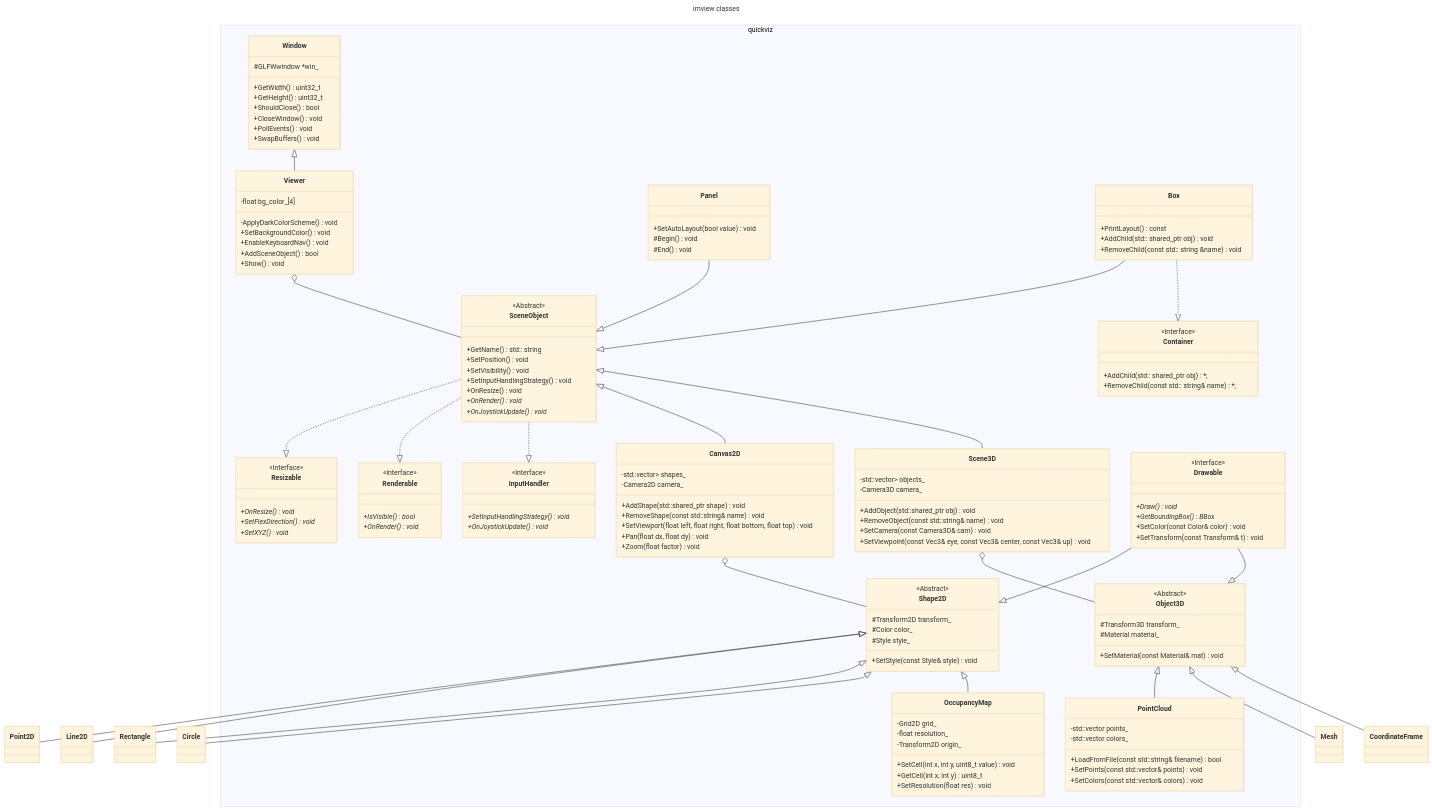
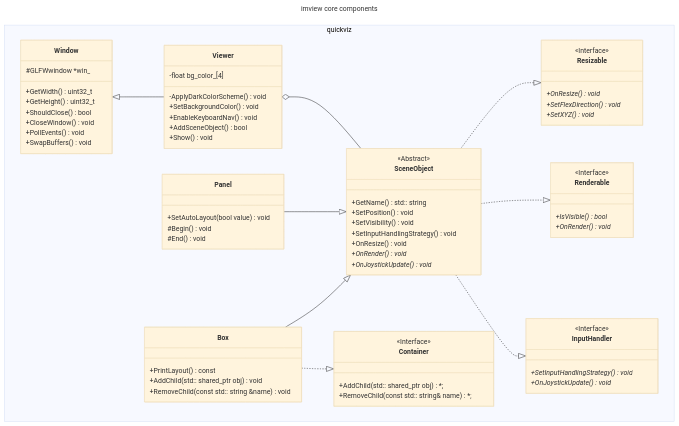
Before and after one commit to rxdu/quickviz: the first of 2 diagrams in docs/imview_design.md, drawn with Mermaid (base theme). The commit also changed other lines of this file and 8 other files, not shown here.

````diff
--- a/docs/imview_design.md
+++ b/docs/imview_design.md
@@ -26,6 +28,6 @@
 ```mermaid
 ---
-title: imview classes
+title: imview core components
 ---
 classDiagram
     Window <|-- Viewer
@@ -36,25 +38,6 @@
     SceneObject ..|> Resizable
     SceneObject ..|> Renderable
     SceneObject ..|> InputHandler
-
-    %% New rendering classes
-    SceneObject <|-- Canvas2D
-    SceneObject <|-- Scene3D
-    Drawable --|> Shape2D
-    Shape2D <|-- Point2D
-    Shape2D <|-- Line2D
-    Shape2D <|-- Rectangle
-    Shape2D <|-- Circle
-    Shape2D <|-- OccupancyMap
-    
-    Drawable --|> Object3D
-    Object3D <|-- PointCloud
-    Object3D <|-- Mesh
-    Object3D <|-- CoordinateFrame
-
-    Canvas2D o-- Shape2D
-    Scene3D o-- Object3D
-
     namespace quickviz {
         class Window {
             #GLFWwindow *win_
@@ -114,57 +97,5 @@
             #Begin() void
             #End() void
         }
-        class Drawable {
-            <<Interface>>
-            +Draw() void*
-            +GetBoundingBox() BBox*
-            +SetColor(const Color& color) void
-            +SetTransform(const Transform& t) void
-        }
-        class Canvas2D {
-            -std::vector<std::shared_ptr<Shape2D>> shapes_
-            -Camera2D camera_
-            +AddShape(std::shared_ptr<Shape2D> shape) void
-            +RemoveShape(const std::string& name) void
-            +SetViewport(float left, float right, float bottom, float top) void
-            +Pan(float dx, float dy) void
-            +Zoom(float factor) void
-        }
-        class Scene3D {
-            -std::vector<std::shared_ptr<Object3D>> objects_
-            -Camera3D camera_
-            +AddObject(std::shared_ptr<Object3D> obj) void
-            +RemoveObject(const std::string& name) void
-            +SetCamera(const Camera3D& cam) void
-            +SetViewpoint(const Vec3& eye, const Vec3& center, const Vec3& up) void
-        }
-        class Shape2D {
-            <<Abstract>>
-            #Transform2D transform_
-            #Color color_
-            #Style style_
-            +SetStyle(const Style& style) void
-        }
-        class Object3D {
-            <<Abstract>>
-            #Transform3D transform_
-            #Material material_
-            +SetMaterial(const Material& mat) void
-        }
-        class PointCloud {
-            -std::vector<Vec3> points_
-            -std::vector<Color> colors_
-            +LoadFromFile(const std::string& filename) bool
-            +SetPoints(const std::vector<Vec3>& points) void
-            +SetColors(const std::vector<Color>& colors) void
-        }
-        class OccupancyMap {
-            -Grid2D<uint8_t> grid_
-            -float resolution_
-            -Transform2D origin_
-            +SetCell(int x, int y, uint8_t value) void
-            +GetCell(int x, int y) uint8_t
-            +SetResolution(float res) void
-        }
     }
 ```
````
